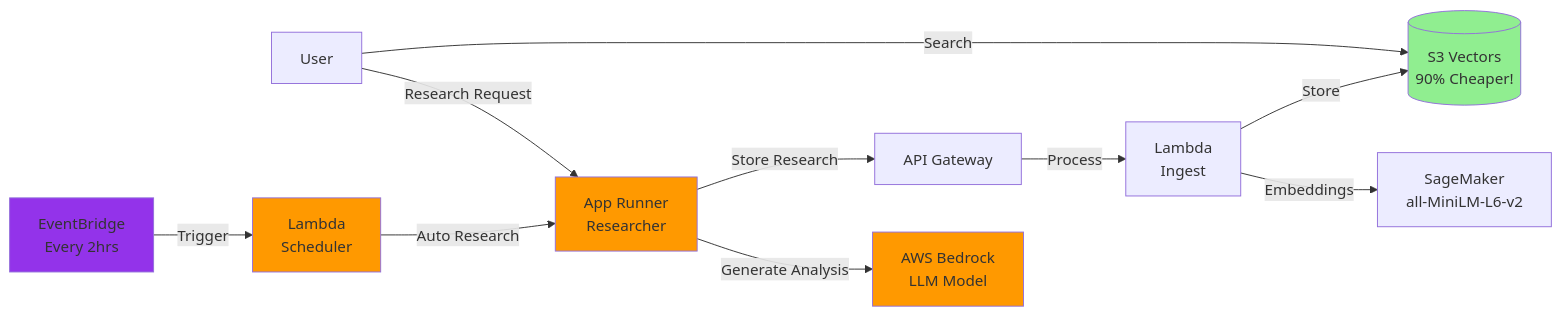
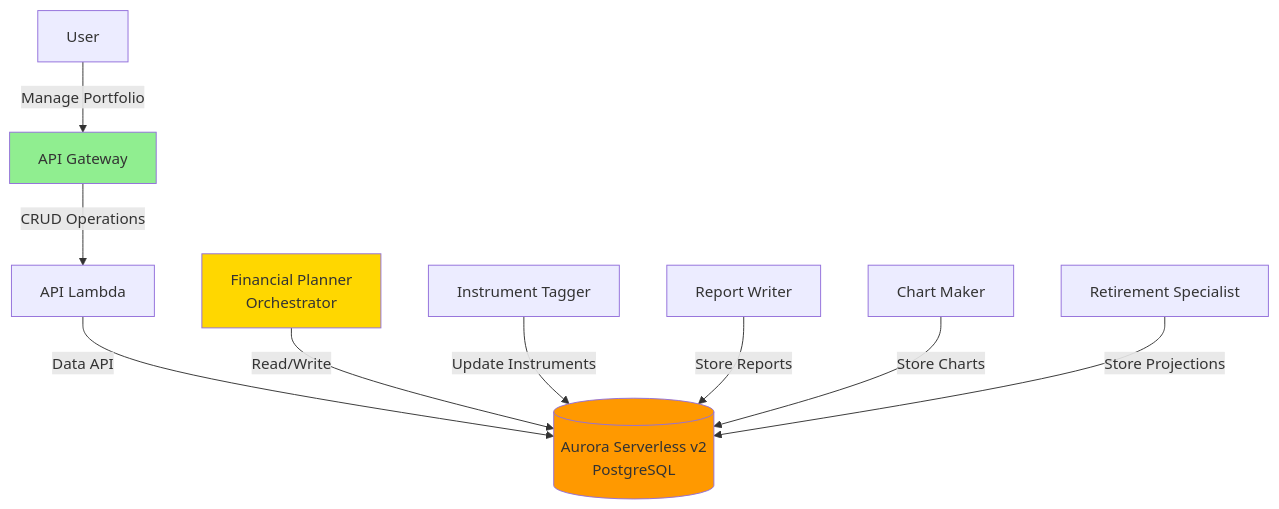
One commit to Ch3rry-Pi3-AI/LLMOps-Financial-Planner changed the first of 2 diagrams in README.md. Above: the diagram before and after it, drawn with Mermaid. The commit also changed other lines of this file and 4 other files, not shown here.

````diff
--- a/README.md
+++ b/README.md
@@ -29,18 +51,16 @@
 ```mermaid
-graph LR
-    User[User] -->|Research Request| AR[App Runner<br/>Researcher]
-    Schedule[EventBridge<br/>Every 2hrs] -->|Trigger| SchedLambda[Lambda<br/>Scheduler]
-    SchedLambda -->|Auto Research| AR
-    AR -->|Generate Analysis| Bedrock[AWS Bedrock<br/>LLM Model]
-    AR -->|Store Research| API[API Gateway]
-    API -->|Process| Lambda[Lambda<br/>Ingest]
-    Lambda -->|Embeddings| SM[SageMaker<br/>all-MiniLM-L6-v2]
-    Lambda -->|Store| S3V[(S3 Vectors<br/>90% Cheaper!)]
-    User -->|Search| S3V
+graph TB
+    User[User] -->|Manage Portfolio| API[API Gateway]
+    API -->|CRUD Operations| Lambda[API Lambda]
+    Lambda -->|Data API| Aurora[(Aurora Serverless v2<br/>PostgreSQL)]
 
-    style AR fill:#FF9900
-    style Bedrock fill:#FF9900
-    style S3V fill:#90EE90
-    style Schedule fill:#9333EA
-    style SchedLambda fill:#FF9900
+    Planner[Financial Planner<br/>Orchestrator] -->|Read/Write| Aurora
+    Tagger[Instrument Tagger] -->|Update Instruments| Aurora
+    Reporter[Report Writer] -->|Store Reports| Aurora
+    Charter[Chart Maker] -->|Store Charts| Aurora
+    Retirement[Retirement Specialist] -->|Store Projections| Aurora
+
+    style Aurora fill:#FF9900
+    style Planner fill:#FFD700
+    style API fill:#90EE90
 ```
````
